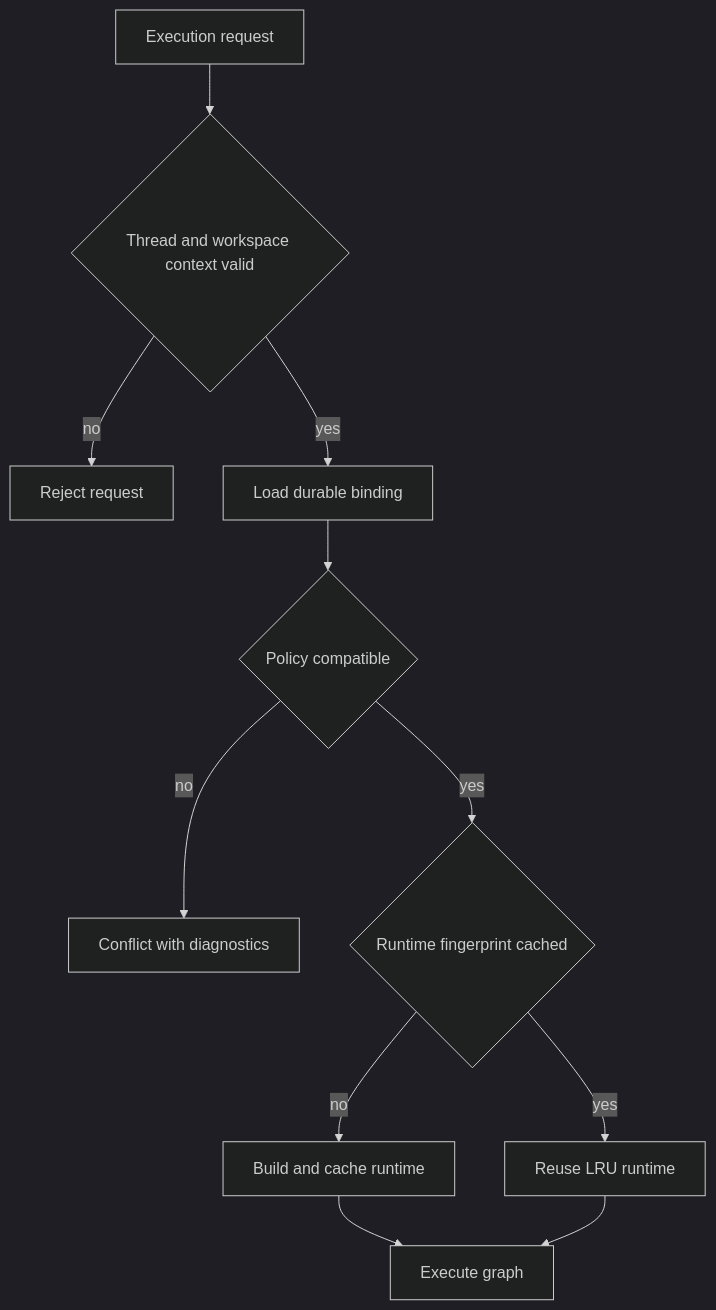
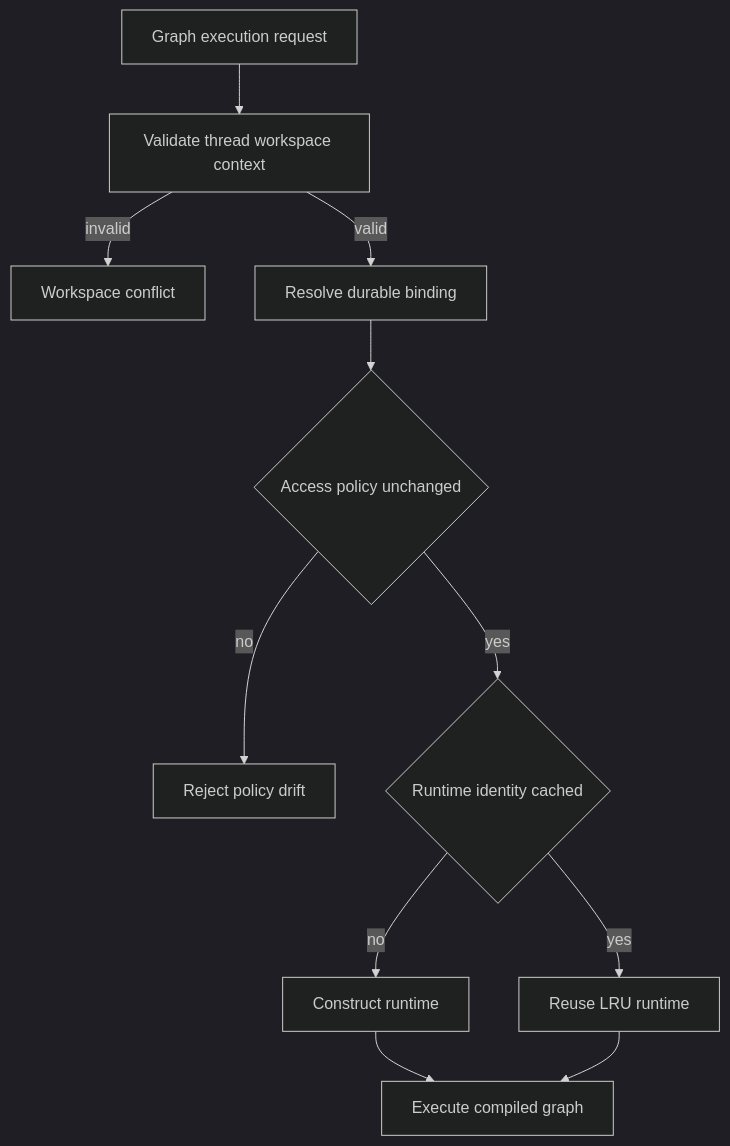
The second of 2 diagrams in openwiki/architecture/code-agent.md (langchain-ai/deepagents), drawn with Mermaid (dark theme) before and after one commit. The commit also changed other lines of this file and 39 other files, not shown here.

````diff
--- a/openwiki/architecture/code-agent.md
+++ b/openwiki/architecture/code-agent.md
@@ -97,13 +99,13 @@
 ```mermaid
 flowchart TD
-    Request["Execution request"] --> Context{"Thread and workspace context valid"}
-    Context -->|"no"| Reject["Reject request"]
-    Context -->|"yes"| Binding["Load durable binding"]
-    Binding --> Policy{"Policy compatible"}
-    Policy -->|"no"| Conflict["Conflict with diagnostics"]
-    Policy -->|"yes"| Runtime{"Runtime fingerprint cached"}
-    Runtime -->|"yes"| Reuse["Reuse LRU runtime"]
-    Runtime -->|"no"| Build["Build and cache runtime"]
-    Build --> Graph["Execute graph"]
-    Reuse --> Graph
+    Request["Graph execution request"] --> Check["Validate thread workspace context"]
+    Check -->|"invalid"| Reject["Workspace conflict"]
+    Check -->|"valid"| Bound["Resolve durable binding"]
+    Bound --> Policy{"Access policy unchanged"}
+    Policy -->|"no"| Conflict["Reject policy drift"]
+    Policy -->|"yes"| Cached{"Runtime identity cached"}
+    Cached -->|"yes"| Reuse["Reuse LRU runtime"]
+    Cached -->|"no"| Build["Construct runtime"]
+    Build --> Run["Execute compiled graph"]
+    Reuse --> Run
 ```
````
